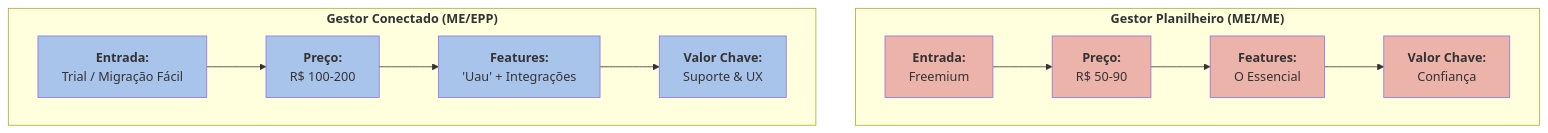
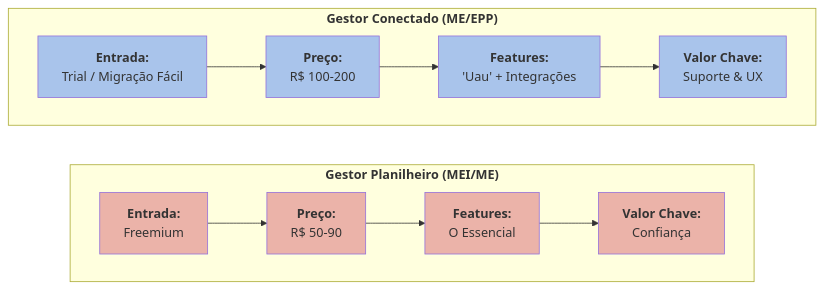
One commit to pablodiegoo/pablodiegoo.github.io changed diagram 24 of 24 in _posts/OS13.md. Above: the diagram before and after it, drawn with Mermaid. The commit also changed other lines of this file, not shown here.

````diff
--- a/_posts/OS13.md
+++ b/_posts/OS13.md
@@ -1236,19 +1168,19 @@
 ```mermaid
-  graph TD;
+  graph LR;
   subgraph "<b>Gestor Planilheiro (MEI/ME)</b>"
   direction LR
   A["<b>Entrada:</b><br/>Freemium"] --> B["<b>Preço:</b><br/>R$ 50-90"] --> C["<b>Features:</b><br/>O Essencial"] --> D["<b>Valor Chave:</b><br/>Confiança"];
   end
   subgraph "<b>Gestor Conectado (ME/EPP)</b>"
   direction LR
   E["<b>Entrada:</b><br/>Trial / Migração Fácil"] --> F["<b>Preço:</b><br/>R$ 100-200"] --> G["<b>Features:</b><br/>'Uau' + Integrações"] --> H["<b>Valor Chave:</b><br/>Suporte & UX"];
   end
   style A fill:#EBB3A9
   style B fill:#EBB3A9
   style C fill:#EBB3A9
   style D fill:#EBB3A9
   style E fill:#A9C4EB
   style F fill:#A9C4EB
   style G fill:#A9C4EB
   style H fill:#A9C4EB
 ```
````
